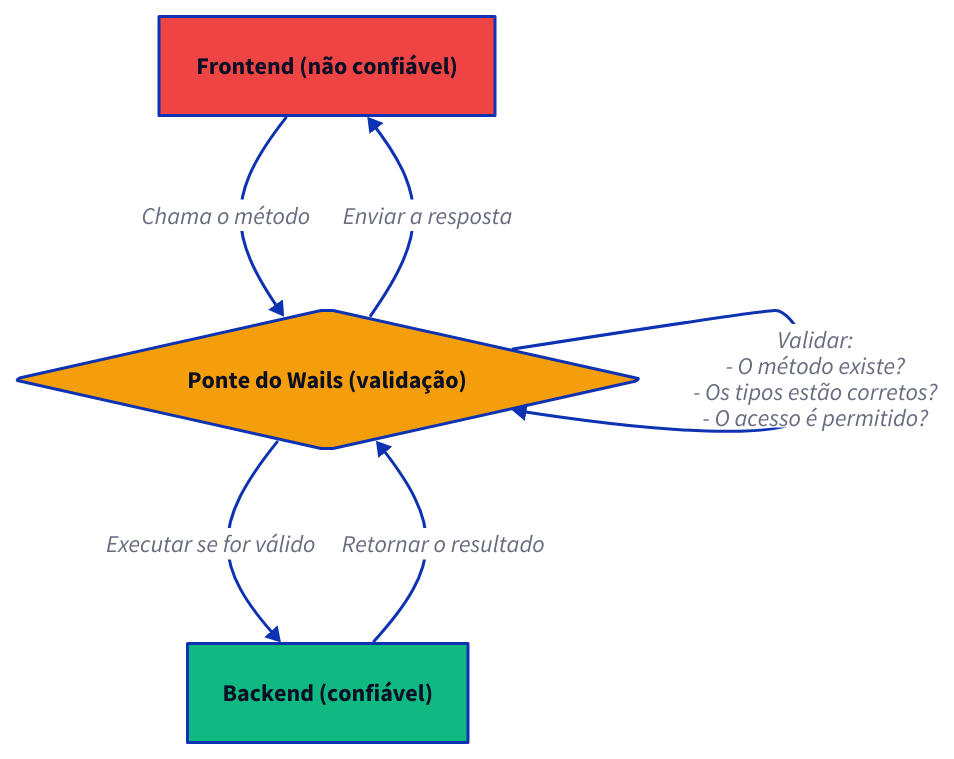
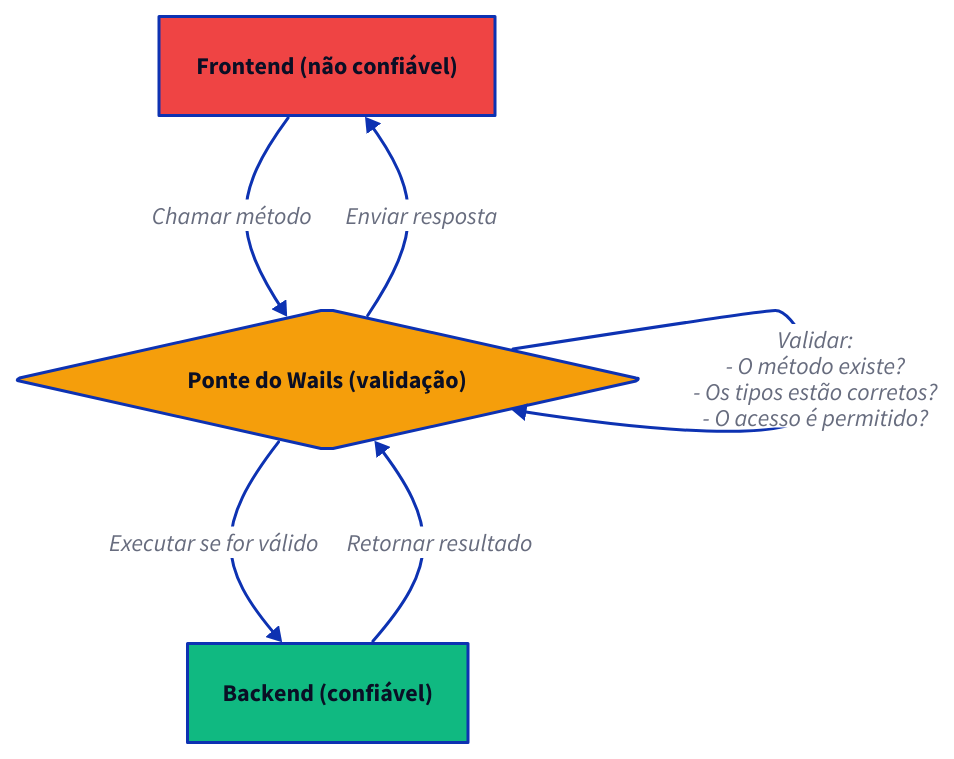
Before and after one commit to wailsapp/wails: the eighth of 8 diagrams in docs/mpress/content/pt/concepts/architecture.md, drawn with D2. The commit also changed other lines of this file and 1096 other files, not shown here.

````diff
--- a/docs/mpress/content/pt/concepts/architecture.md
+++ b/docs/mpress/content/pt/concepts/architecture.md
@@ -559,24 +559,24 @@
 ```d2
 direction: down
 
 Frontend: Frontend (não confiável) {
   shape: rectangle
   style.fill: "#EF4444"
 }
 
 Bridge: Ponte do Wails (validação) {
   shape: diamond
   style.fill: "#F59E0B"
 }
 
 Backend: Backend (confiável) {
   shape: rectangle
   style.fill: "#10B981"
 }
 
-Frontend -> Bridge: Chama o método
+Frontend -> Bridge: Chamar método
 Bridge -> Bridge: "Validar:\n- O método existe?\n- Os tipos estão corretos?\n- O acesso é permitido?"
 Bridge -> Backend: Executar se for válido
-Backend -> Bridge: Retornar o resultado
-Bridge -> Frontend: Enviar a resposta
+Backend -> Bridge: Retornar resultado
+Bridge -> Frontend: Enviar resposta
 ```
````
